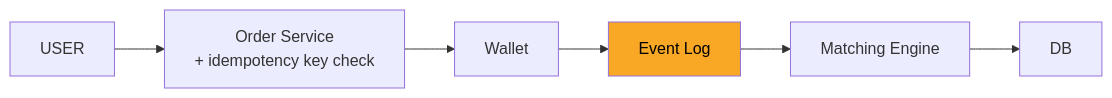
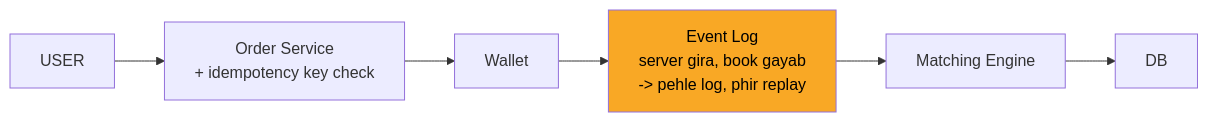
One commit to ArpanMaheshwari144/Prep changed the sixth of 10 diagrams in 04_HLD/SYSTEM_DESIGNS/05_stock_broker_trading/05_stock_broker_trading.md. Above: the diagram before and after it, drawn with Mermaid. The commit also changed other lines of this file, not shown here.

````diff
--- a/04_HLD/SYSTEM_DESIGNS/05_stock_broker_trading/05_stock_broker_trading.md
+++ b/04_HLD/SYSTEM_DESIGNS/05_stock_broker_trading/05_stock_broker_trading.md
@@ -253,15 +253,15 @@
 ```mermaid
 flowchart LR
     n_USER["USER"]
     n_Order_Service["Order Service<br/>+ idempotency key check"]
     n_Wallet["Wallet"]
-    n_Event_Log["Event Log"]
+    n_Event_Log["Event Log<br/>server gira, book gayab<br/>-> pehle log, phir replay"]
     n_Matching_Engine["Matching Engine"]
     n_DB["DB"]
     n_USER --> n_Order_Service
     n_Order_Service --> n_Wallet
     n_Wallet --> n_Event_Log
     n_Event_Log --> n_Matching_Engine
     n_Matching_Engine --> n_DB
     style n_Event_Log fill:#f9a825,color:#000
 ```
````
